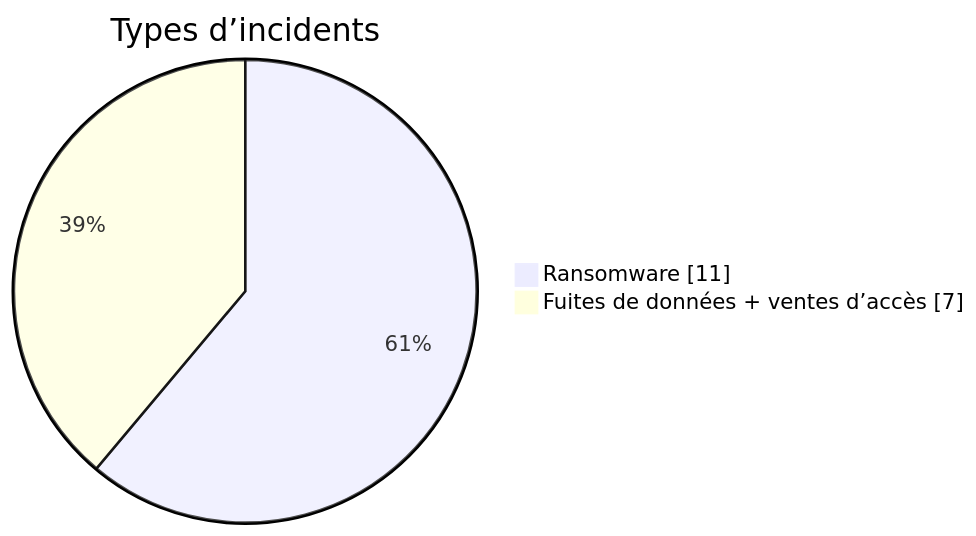
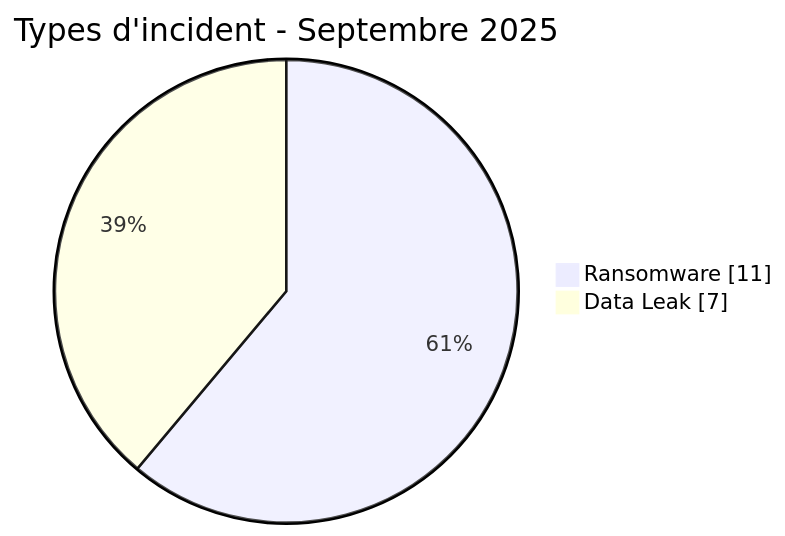
The first of 3 diagrams in CyberAttackAfrica/2025/09-september/README_FR.md (Hatchepsoute/AFRINTEL), drawn with Mermaid before and after one commit. The commit also changed other lines of this file and 35 other files, not shown here.

````diff
--- a/CyberAttackAfrica/2025/09-september/README_FR.md
+++ b/CyberAttackAfrica/2025/09-september/README_FR.md
@@ -139,6 +68,6 @@
 ```mermaid
 pie showData
-    title Types d’incidents
+    title Types d'incident - Septembre 2025
     "Ransomware" : 11
-    "Fuites de données + ventes d’accès" : 7
+    "Data Leak" : 7
 ```
````
